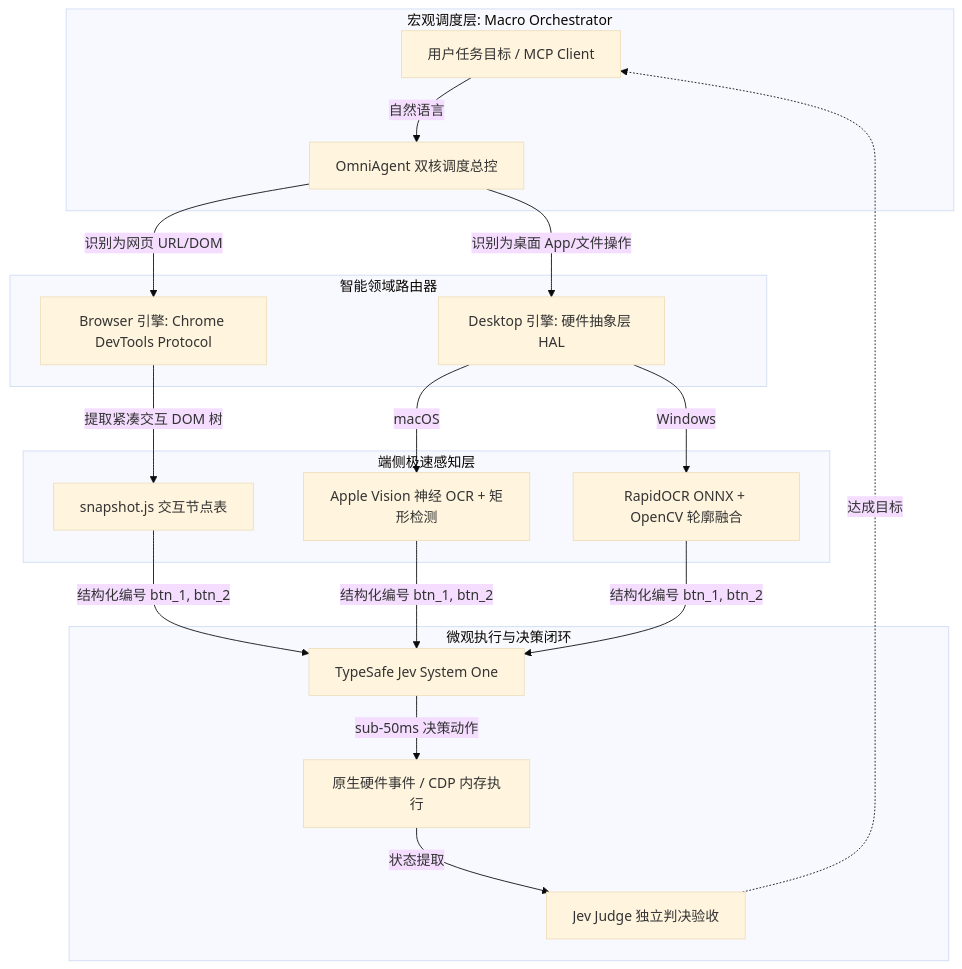
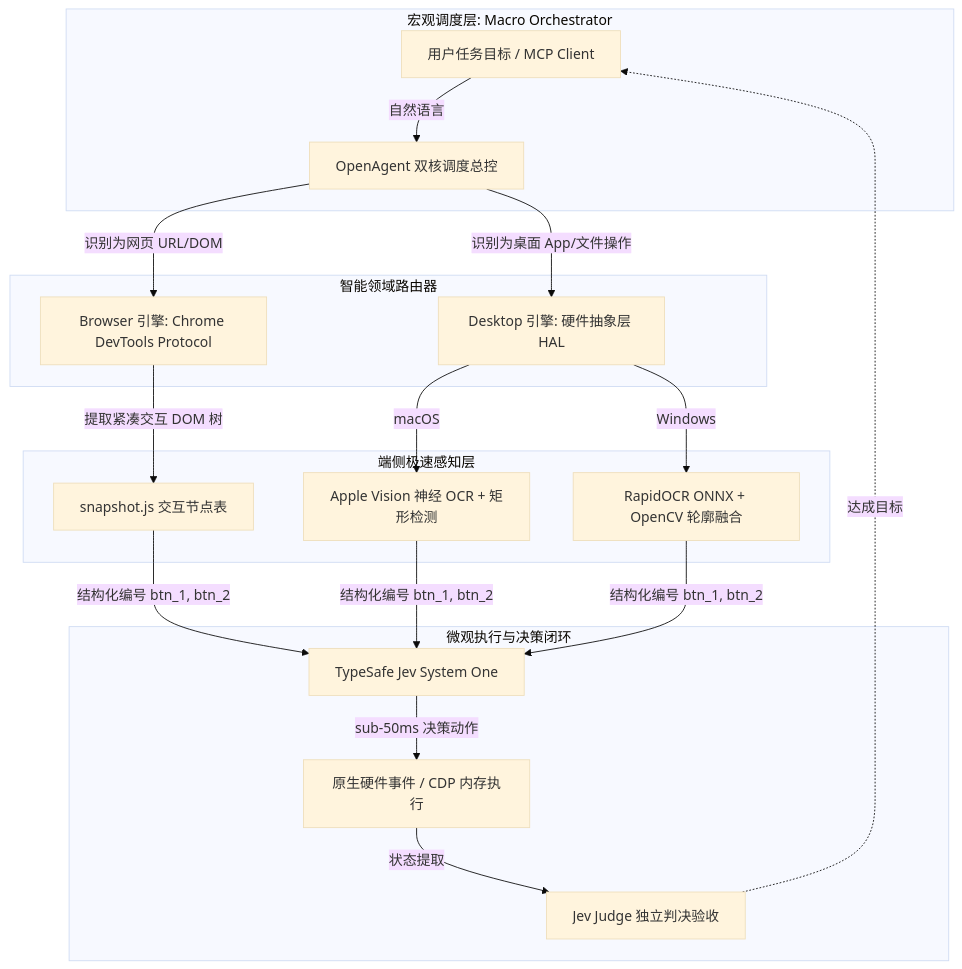
One commit to ribentianhuang38-boop/open-use changed the diagram in README_zh.md. Above: the diagram before and after it, drawn with Mermaid (base theme). The commit also changed other lines of this file and 24 other files, not shown here.

````diff
--- a/README_zh.md
+++ b/README_zh.md
@@ -52,25 +52,25 @@
 ```mermaid
 graph TB
     subgraph Macro [宏观调度层: Macro Orchestrator]
-        User[用户任务目标 / MCP Client] -->|自然语言| OmniAgent[OmniAgent 双核调度总控]
+        User[用户任务目标 / MCP Client] -->|自然语言| OpenAgent[OpenAgent 双核调度总控]
     end
 
     subgraph Router [智能领域路由器]
-        OmniAgent -->|识别为网页 URL/DOM| BrowserCore[Browser 引擎: Chrome DevTools Protocol]
-        OmniAgent -->|识别为桌面 App/文件操作| DesktopCore[Desktop 引擎: 硬件抽象层 HAL]
+        OpenAgent -->|识别为网页 URL/DOM| BrowserCore[Browser 引擎: Chrome DevTools Protocol]
+        OpenAgent -->|识别为桌面 App/文件操作| DesktopCore[Desktop 引擎: 硬件抽象层 HAL]
     end
 
     subgraph Perception [端侧极速感知层]
         BrowserCore -->|提取紧凑交互 DOM 树| Snapshot[snapshot.js 交互节点表]
         DesktopCore -->|macOS| MacHAL[Apple Vision 神经 OCR + 矩形检测]
         DesktopCore -->|Windows| WinHAL[RapidOCR ONNX + OpenCV 轮廓融合]
     end
 
     subgraph Decision [微观执行与决策闭环]
         Snapshot & MacHAL & WinHAL -->|结构化编号 btn_1, btn_2| Jev[TypeSafe Jev System One]
         Jev -->|sub-50ms 决策动作| ActionExec[原生硬件事件 / CDP 内存执行]
         ActionExec -->|状态提取| Judge[Jev Judge 独立判决验收]
     end
 
     Judge -.->|达成目标| User
 ```
````
